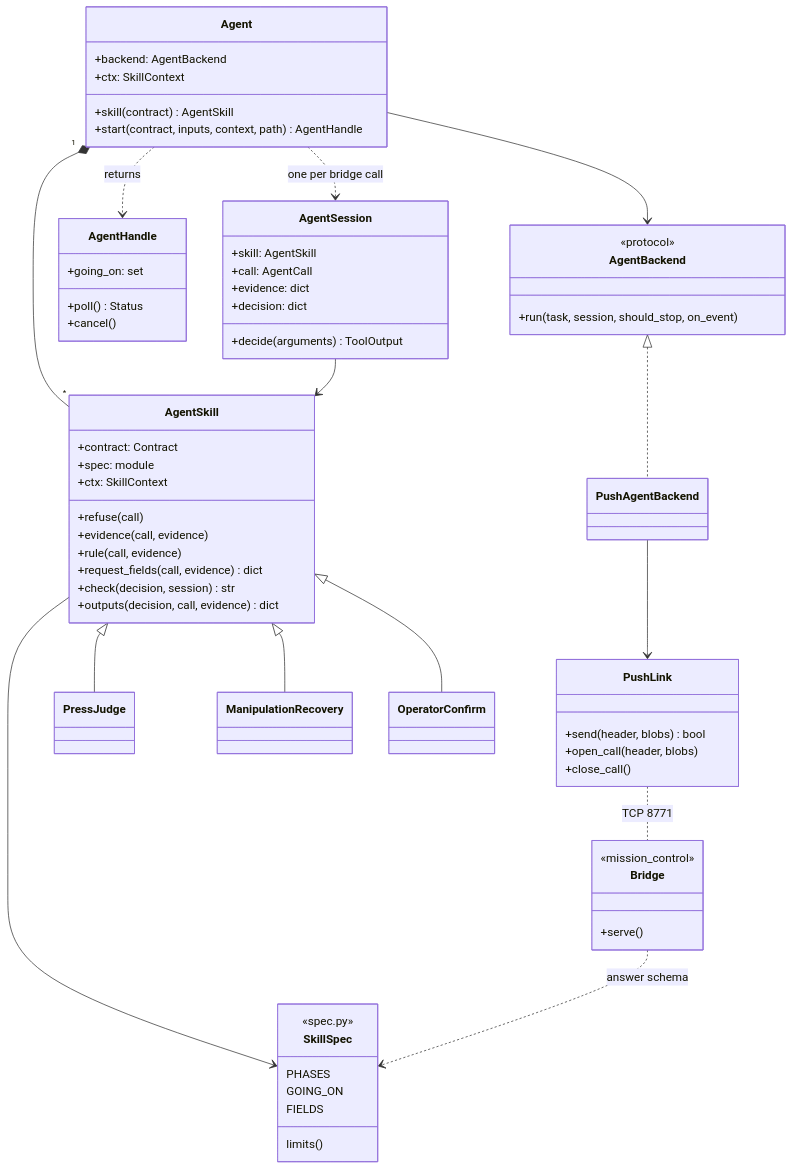
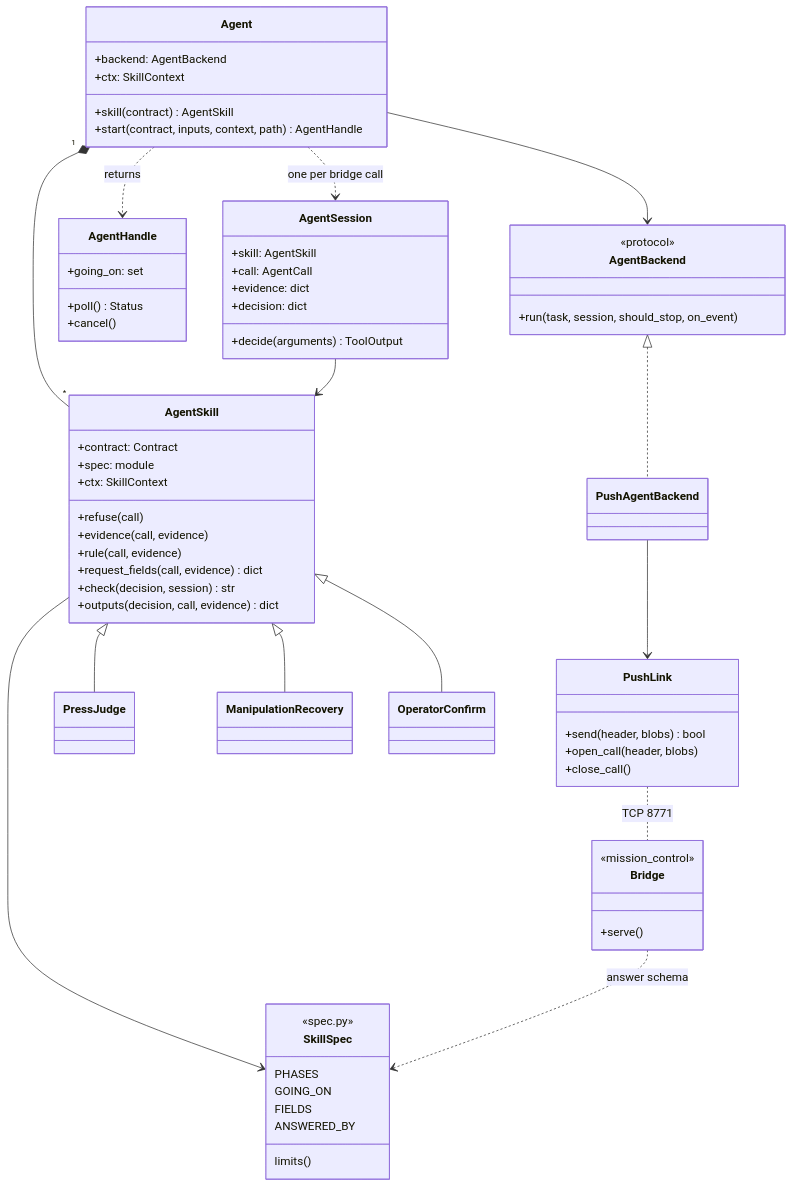
Before and after one commit to EigenVectorRobotics/orchestrator: the fifth of 5 diagrams in docs/design/classes.md, drawn with Mermaid. The commit also changed other lines of this file and 73 other files, not shown here.

````diff
--- a/docs/design/classes.md
+++ b/docs/design/classes.md
@@ -343,66 +347,67 @@
 ```mermaid
 classDiagram
   direction TB
   class Agent {
     +backend: AgentBackend
     +ctx: SkillContext
     +skill(contract) AgentSkill
     +start(contract, inputs, context, path) AgentHandle
   }
   class AgentSkill {
     +contract: Contract
     +spec: module
     +ctx: SkillContext
     +refuse(call)
     +evidence(call, evidence)
     +rule(call, evidence)
     +request_fields(call, evidence) dict
     +check(decision, session) str
     +outputs(decision, call, evidence) dict
   }
   class AgentSession {
     +skill: AgentSkill
     +call: AgentCall
     +evidence: dict
     +decision: dict
     +decide(arguments) ToolOutput
   }
   class AgentHandle {
     +going_on: set
     +poll() Status
     +cancel()
   }
   class AgentBackend {
     <<protocol>>
     +run(task, session, should_stop, on_event)
   }
   class PushLink {
     +send(header, blobs) bool
     +open_call(header, blobs)
     +close_call()
   }
   class SkillSpec {
     <<spec.py>>
     PHASES
     GOING_ON
     FIELDS
+    ANSWERED_BY
     limits()
   }
   class Bridge {
     <<mission_control>>
     +serve()
   }
   Agent --> AgentBackend
   Agent "1" *-- "*" AgentSkill
   Agent ..> AgentHandle : returns
   Agent ..> AgentSession : one per bridge call
   AgentSession --> AgentSkill
   AgentSkill --> SkillSpec
   AgentBackend <|.. PushAgentBackend
   PushAgentBackend --> PushLink
   PushLink .. Bridge : TCP 8771
   Bridge ..> SkillSpec : answer schema
   AgentSkill <|-- PressJudge
   AgentSkill <|-- ManipulationRecovery
   AgentSkill <|-- OperatorConfirm
 ```
````
